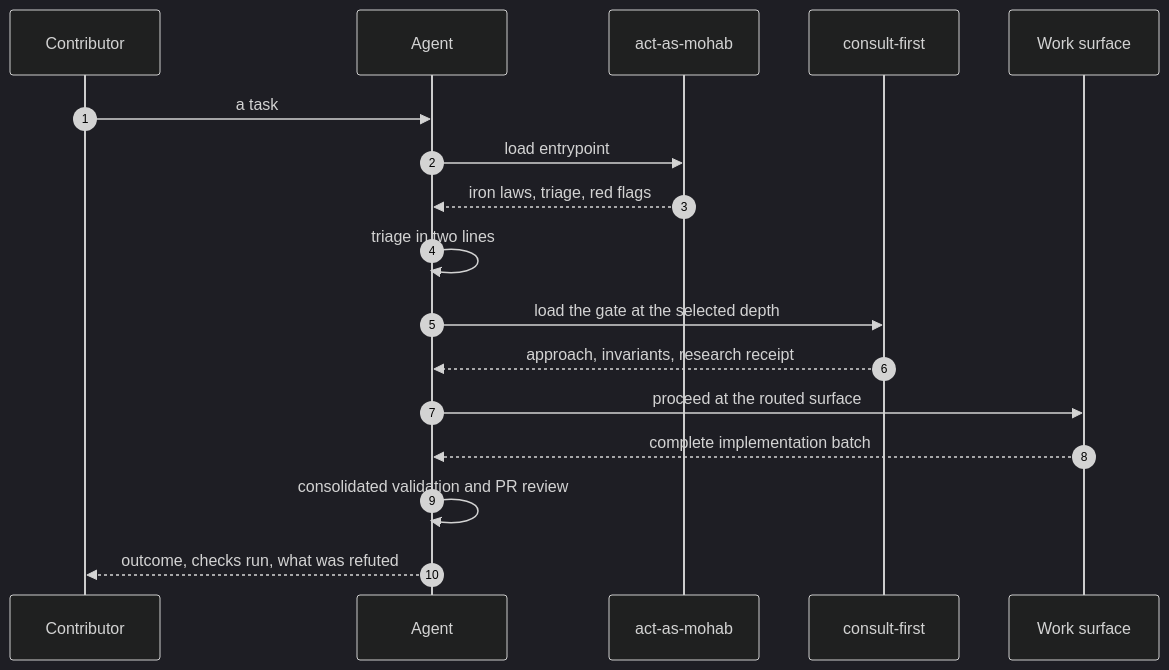
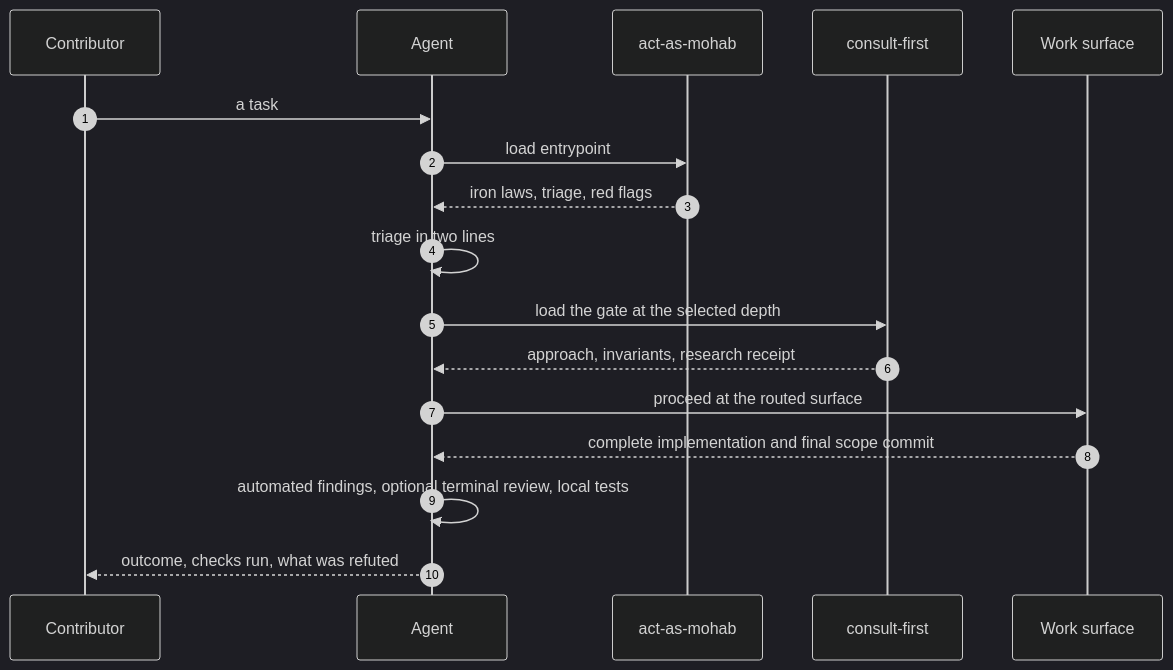
The second of 4 diagrams in .agents/skills/README.md (ShaftHQ/SHAFT_ENGINE), drawn with Mermaid (dark theme) before and after one commit. The commit also changed other lines of this file and 33 other files, not shown here.

````diff
--- a/.agents/skills/README.md
+++ b/.agents/skills/README.md
@@ -47,20 +47,20 @@
 ```mermaid
 sequenceDiagram
     autonumber
     participant U as Contributor
     participant A as Agent
     participant E as act-as-mohab
     participant G as consult-first
     participant W as Work surface
 
     U->>A: a task
     A->>E: load entrypoint
     E-->>A: iron laws, triage, red flags
     A->>A: triage in two lines
     A->>G: load the gate at the selected depth
     G-->>A: approach, invariants, research receipt
     A->>W: proceed at the routed surface
-    W-->>A: complete implementation batch
-    A->>A: consolidated validation and PR review
+    W-->>A: complete implementation and final scope commit
+    A->>A: automated findings, optional terminal review, local tests
     A-->>U: outcome, checks run, what was refuted
 ```
````
